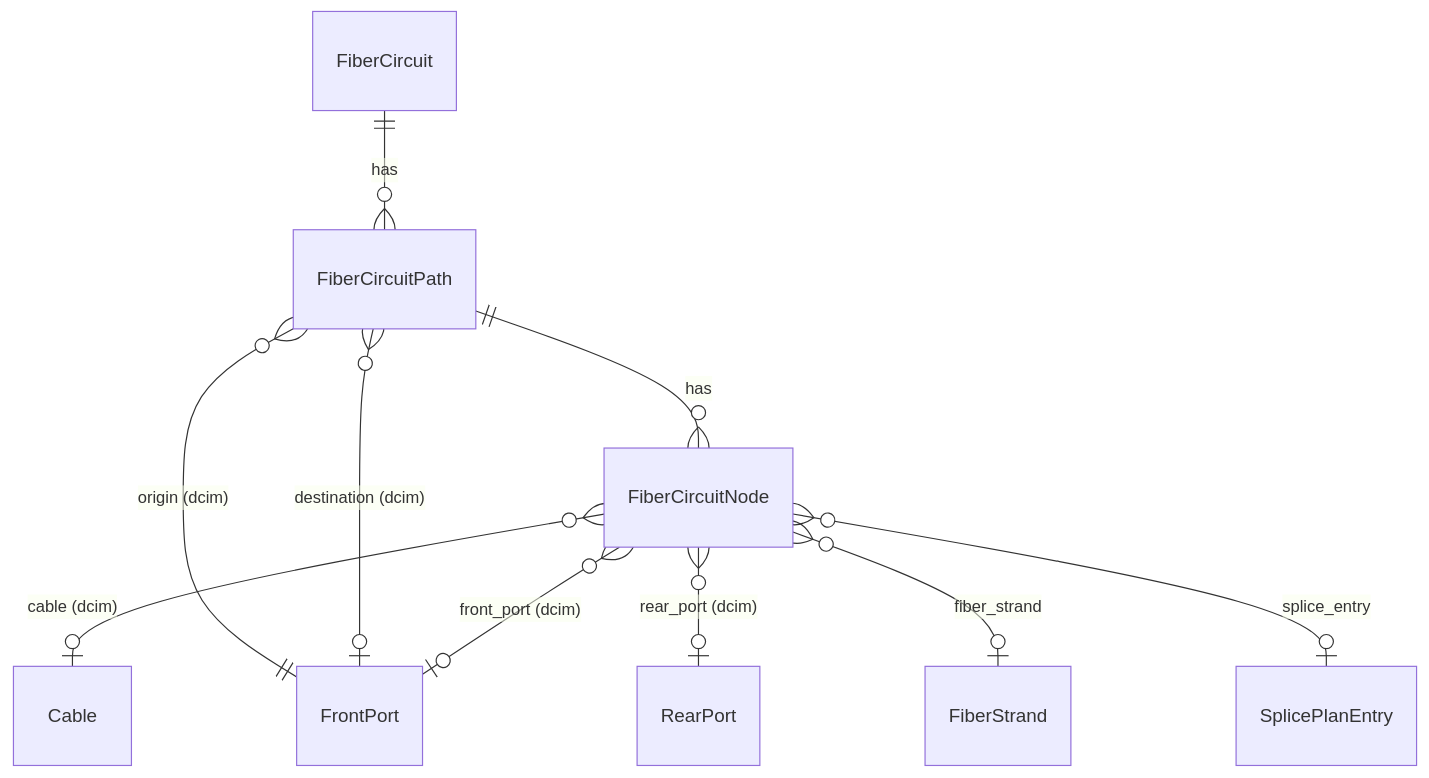
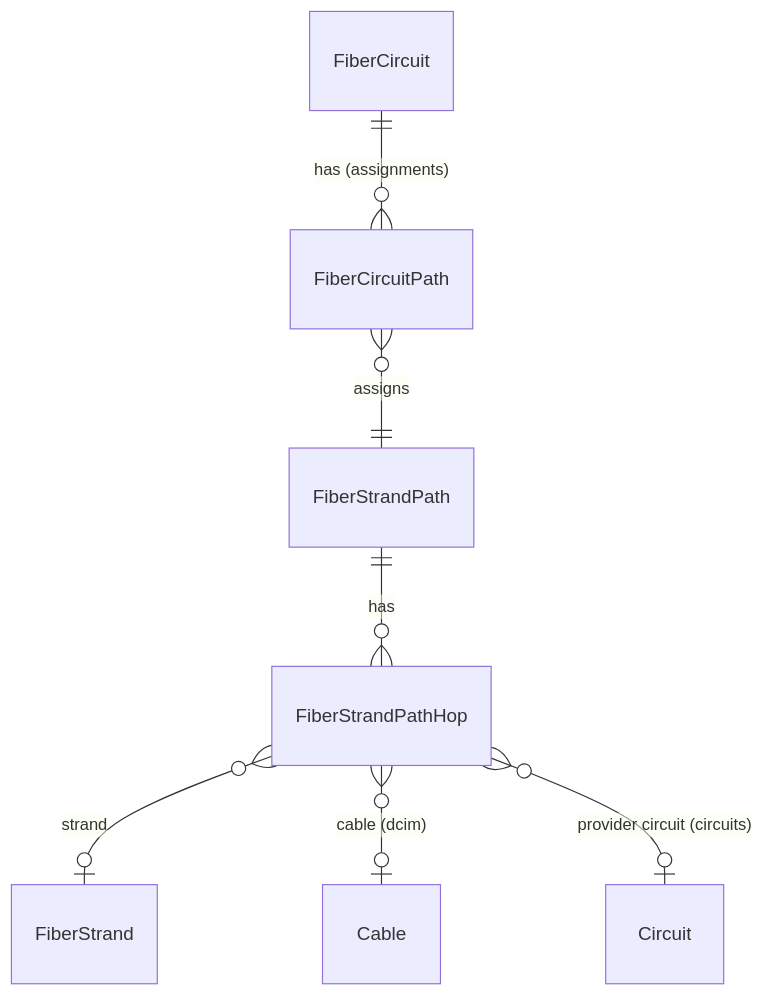
Before and after one commit to jsenecal/netbox-fms: the diagram in docs/user-guide/fiber-circuits.md, drawn with Mermaid. The commit also changed other lines of this file and 90 other files, not shown here.

First line of the commit message:
feat!: derive fiber paths by analysis and assign them to circuits (#201)

````diff
--- a/docs/user-guide/fiber-circuits.md
+++ b/docs/user-guide/fiber-circuits.md
@@ -25,12 +25,9 @@
 ```mermaid
 erDiagram
-    FiberCircuit ||--o{ FiberCircuitPath : has
-    FiberCircuitPath ||--o{ FiberCircuitNode : has
-    FiberCircuitPath }o--|| FrontPort : "origin (dcim)"
-    FiberCircuitPath }o--o| FrontPort : "destination (dcim)"
-    FiberCircuitNode }o--o| Cable : "cable (dcim)"
-    FiberCircuitNode }o--o| FrontPort : "front_port (dcim)"
-    FiberCircuitNode }o--o| RearPort : "rear_port (dcim)"
-    FiberCircuitNode }o--o| FiberStrand : "fiber_strand"
-    FiberCircuitNode }o--o| SplicePlanEntry : "splice_entry"
+    FiberCircuit ||--o{ FiberCircuitPath : "has (assignments)"
+    FiberCircuitPath }o--|| FiberStrandPath : assigns
+    FiberStrandPath ||--o{ FiberStrandPathHop : has
+    FiberStrandPathHop }o--o| FiberStrand : strand
+    FiberStrandPathHop }o--o| Cable : "cable (dcim)"
+    FiberStrandPathHop }o--o| Circuit : "provider circuit (circuits)"
 ```
````
